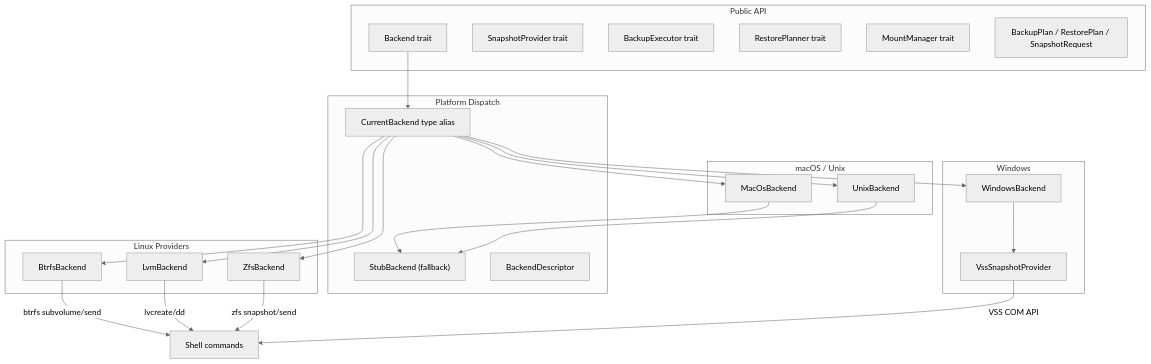
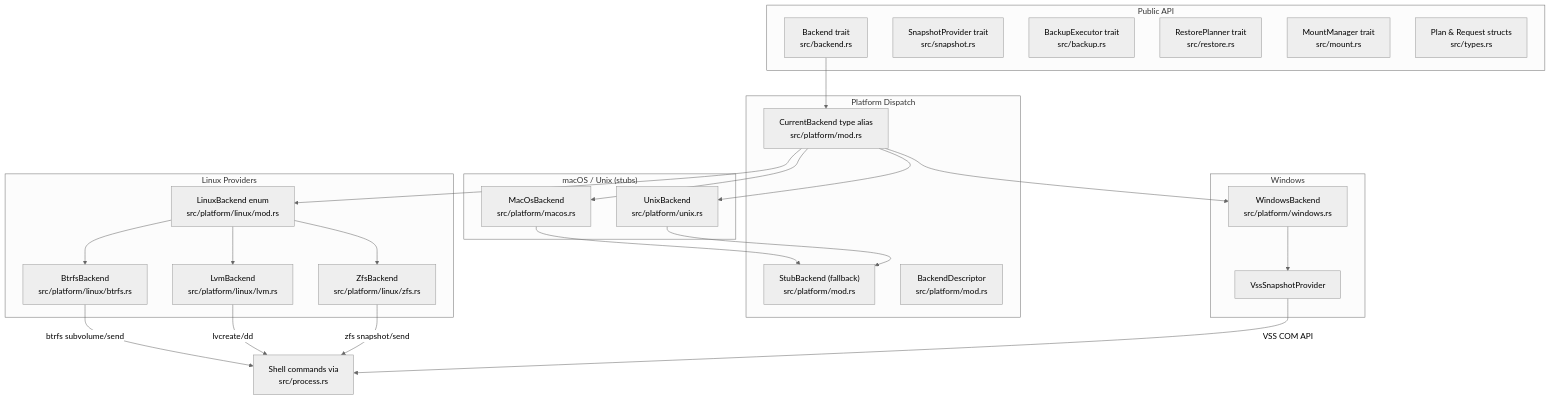
The first of 6 diagrams in wiki/docs/concepts/architecture.md (XUranus/vpt-rs), drawn with Mermaid (neutral theme) before and after one commit. The commit also changed other lines of this file and 52 other files, not shown here.

First line of the commit message:
Enhance wiki: mermaid rendering, detailed content, i18n (zh-Hans)

````diff
--- a/wiki/docs/concepts/architecture.md
+++ b/wiki/docs/concepts/architecture.md
@@ -19,50 +19,52 @@
 ```mermaid
 graph TB
     subgraph "Public API"
-        Backend["Backend trait"]
-        SnapshotProvider["SnapshotProvider trait"]
-        BackupExecutor["BackupExecutor trait"]
-        RestorePlanner["RestorePlanner trait"]
-        MountManager["MountManager trait"]
-        Plans["BackupPlan / RestorePlan / SnapshotRequest"]
+        Backend["Backend trait<br/>src/backend.rs"]
+        SnapshotProvider["SnapshotProvider trait<br/>src/snapshot.rs"]
+        BackupExecutor["BackupExecutor trait<br/>src/backup.rs"]
+        RestorePlanner["RestorePlanner trait<br/>src/restore.rs"]
+        MountManager["MountManager trait<br/>src/mount.rs"]
+        Types["Plan & Request structs<br/>src/types.rs"]
     end
 
     subgraph "Platform Dispatch"
-        CurrentBackend["CurrentBackend type alias"]
-        StubBackend["StubBackend (fallback)"]
-        BackendDescriptor["BackendDescriptor"]
+        CurrentBackend["CurrentBackend type alias<br/>src/platform/mod.rs"]
+        StubBackend["StubBackend (fallback)<br/>src/platform/mod.rs"]
+        BackendDescriptor["BackendDescriptor<br/>src/platform/mod.rs"]
     end
 
     subgraph "Linux Providers"
-        BtrfsBackend["BtrfsBackend"]
-        LvmBackend["LvmBackend"]
-        ZfsBackend["ZfsBackend"]
+        LinuxBackend["LinuxBackend enum<br/>src/platform/linux/mod.rs"]
+        BtrfsBackend["BtrfsBackend<br/>src/platform/linux/btrfs.rs"]
+        LvmBackend["LvmBackend<br/>src/platform/linux/lvm.rs"]
+        ZfsBackend["ZfsBackend<br/>src/platform/linux/zfs.rs"]
     end
 
     subgraph "Windows"
-        WindowsBackend["WindowsBackend"]
+        WindowsBackend["WindowsBackend<br/>src/platform/windows.rs"]
         VssProvider["VssSnapshotProvider"]
     end
 
-    subgraph "macOS / Unix"
-        MacOsBackend["MacOsBackend"]
-        UnixBackend["UnixBackend"]
+    subgraph "macOS / Unix (stubs)"
+        MacOsBackend["MacOsBackend<br/>src/platform/macos.rs"]
+        UnixBackend["UnixBackend<br/>src/platform/unix.rs"]
     end
 
     Backend --> CurrentBackend
-    CurrentBackend --> BtrfsBackend
-    CurrentBackend --> LvmBackend
-    CurrentBackend --> ZfsBackend
+    CurrentBackend --> LinuxBackend
     CurrentBackend --> WindowsBackend
     CurrentBackend --> MacOsBackend
     CurrentBackend --> UnixBackend
 
+    LinuxBackend --> BtrfsBackend
+    LinuxBackend --> LvmBackend
+    LinuxBackend --> ZfsBackend
     WindowsBackend --> VssProvider
     MacOsBackend --> StubBackend
     UnixBackend --> StubBackend
 
-    BtrfsBackend -->|"btrfs subvolume/send"| Shell["Shell commands"]
+    BtrfsBackend -->|"btrfs subvolume/send"| Shell["Shell commands via<br/>src/process.rs"]
     LvmBackend -->|"lvcreate/dd"| Shell
     ZfsBackend -->|"zfs snapshot/send"| Shell
     VssProvider -->|"VSS COM API"| Shell
 ```
````
